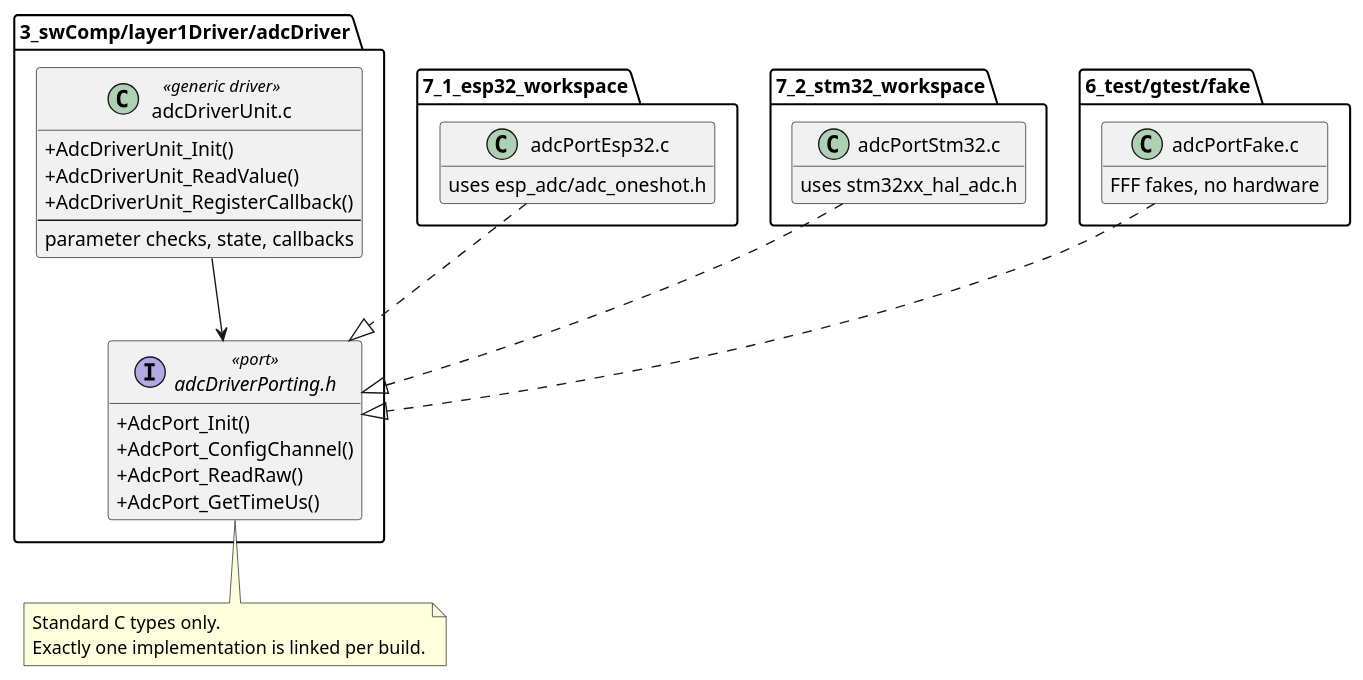
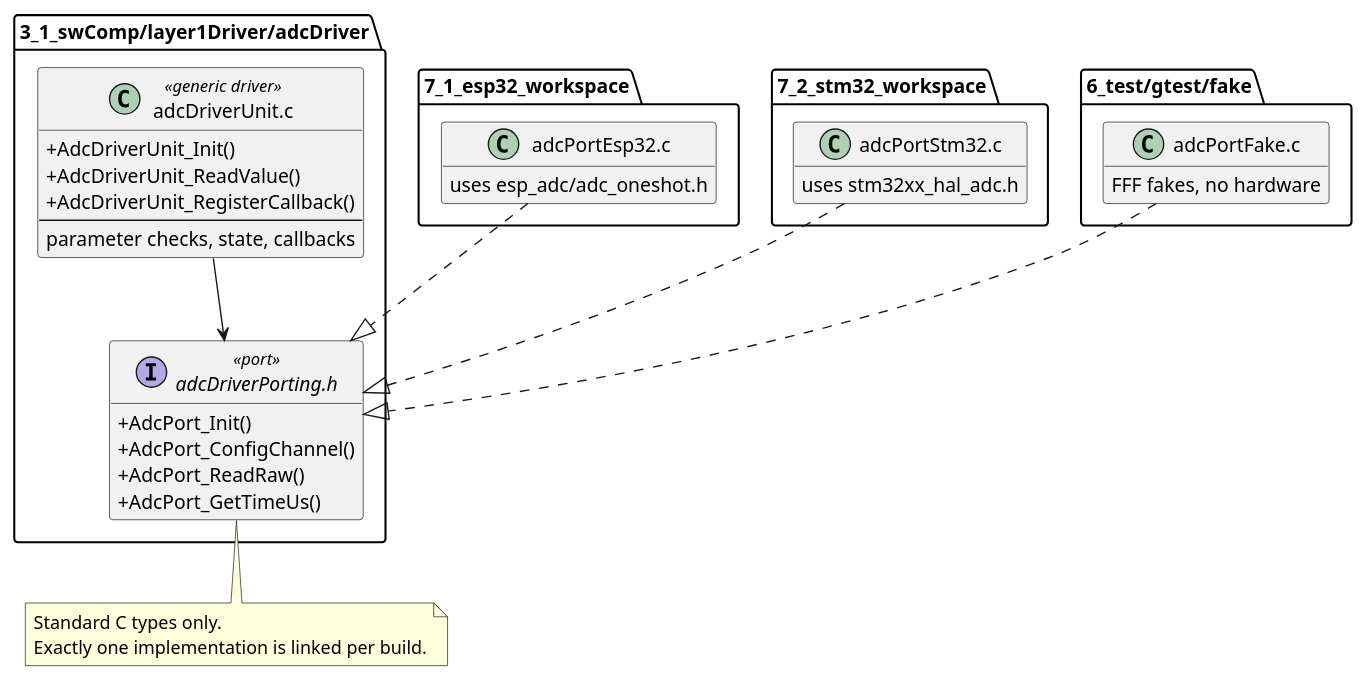
The diagram in 2_architecture/deploymentView/portInterface.puml (LinhTrucVo/Bico_Protocol_Bridge), drawn with PlantUML before and after one commit. The commit also changed 448 other files, not shown here.

```diff
--- a/2_architecture/deploymentView/portInterface.puml
+++ b/2_architecture/deploymentView/portInterface.puml
@@ -1,48 +1,48 @@
 @startuml portInterface
 skinparam classAttributeIconSize 0
 hide empty members
 
-package "3_swComp/layer1Driver/adcDriver" {
+package "3_1_swComp/layer1Driver/adcDriver" {
   class "adcDriverUnit.c" as ADC <<generic driver>> {
     + AdcDriverUnit_Init()
     + AdcDriverUnit_ReadValue()
     + AdcDriverUnit_RegisterCallback()
     --
     parameter checks, state, callbacks
   }
   interface "adcDriverPorting.h" as PORT <<port>> {
     + AdcPort_Init()
     + AdcPort_ConfigChannel()
     + AdcPort_ReadRaw()
     + AdcPort_GetTimeUs()
   }
   ADC --> PORT
 }
 
 package "7_1_esp32_workspace" {
   class "adcPortEsp32.c" as ESP {
     uses esp_adc/adc_oneshot.h
   }
 }
 
 package "7_2_stm32_workspace" {
   class "adcPortStm32.c" as STM {
     uses stm32xx_hal_adc.h
   }
 }
 
 package "6_test/gtest/fake" {
   class "adcPortFake.c" as FAKE {
     FFF fakes, no hardware
   }
 }
 
 ESP ..|> PORT
 STM ..|> PORT
 FAKE ..|> PORT
 
 note bottom of PORT
   Standard C types only.
   Exactly one implementation is linked per build.
 end note
 @enduml
```
